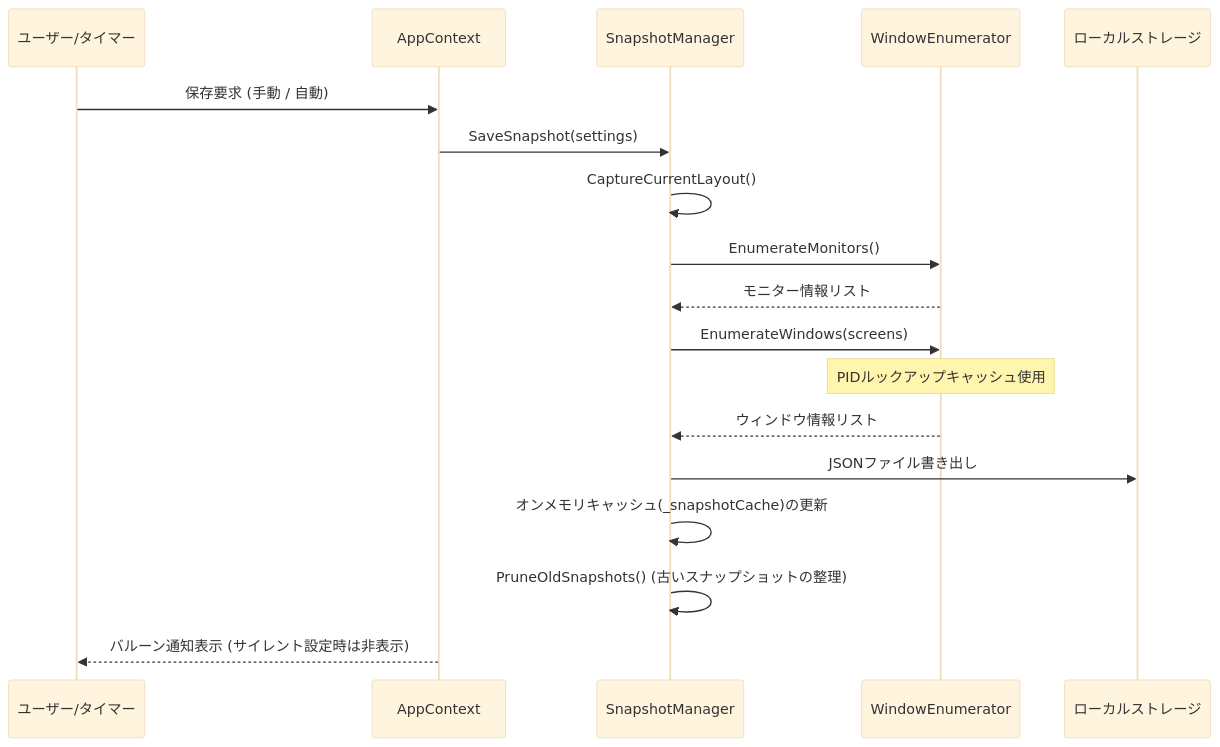
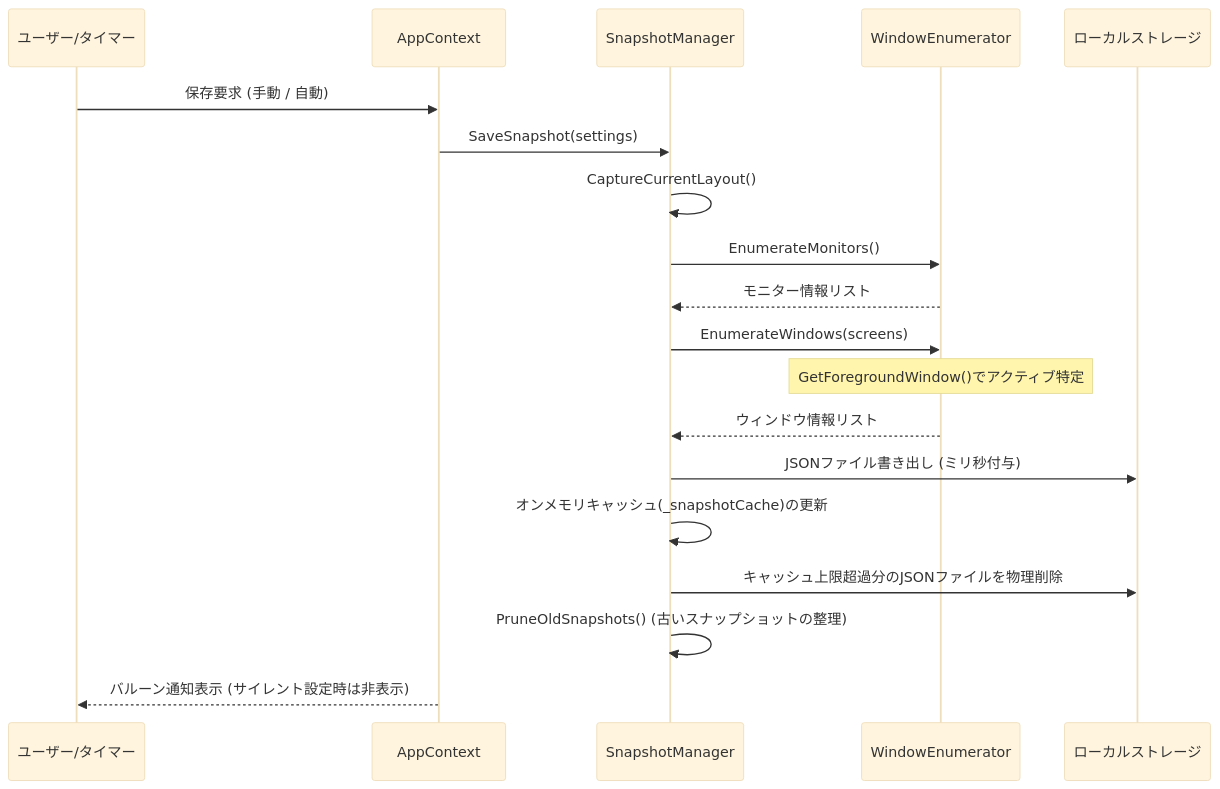
One commit to hamano1204/snapback-layout changed the first of 2 diagrams in design_document.md. Above: the diagram before and after it, drawn with Mermaid (base theme). The commit also changed other lines of this file and 5 other files, not shown here.

````diff
--- a/design_document.md
+++ b/design_document.md
@@ -135,21 +145,22 @@
 ```mermaid
 sequenceDiagram
     participant U as ユーザー/タイマー
     participant AC as AppContext
     participant SM as SnapshotManager
     participant WE as WindowEnumerator
     participant F as ローカルストレージ
     
     U->>AC: 保存要求 (手動 / 自動)
     AC->>SM: SaveSnapshot(settings)
     SM->>SM: CaptureCurrentLayout()
     SM->>WE: EnumerateMonitors()
     WE-->>SM: モニター情報リスト
     SM->>WE: EnumerateWindows(screens)
-    Note over WE: PIDルックアップキャッシュ使用
+    Note over WE: GetForegroundWindow()でアクティブ特定
     WE-->>SM: ウィンドウ情報リスト
-    SM->>F: JSONファイル書き出し
+    SM->>F: JSONファイル書き出し (ミリ秒付与)
     SM->>SM: オンメモリキャッシュ(_snapshotCache)の更新
+    SM->>F: キャッシュ上限超過分のJSONファイルを物理削除
     SM->>SM: PruneOldSnapshots() (古いスナップショットの整理)
     AC-->>U: バルーン通知表示 (サイレント設定時は非表示)
 ```
````
